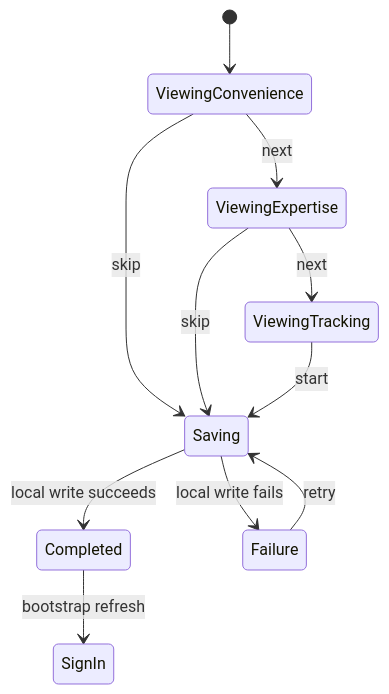
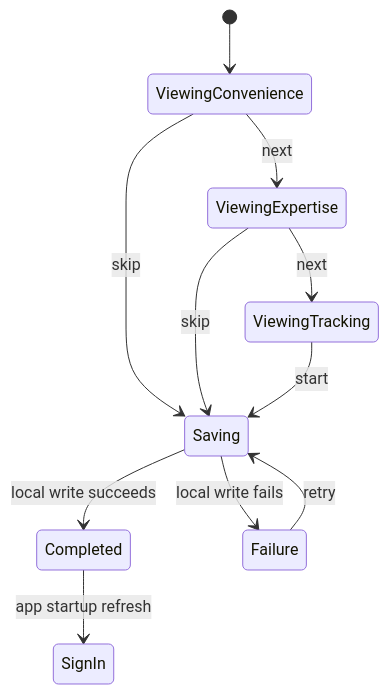
One commit to YoussefShawky0/bariq changed the diagram in docs/features/ONBOARDING.md. Above: the diagram before and after it, drawn with Mermaid. The commit also changed other lines of this file and 46 other files, not shown here.

First line of the commit message:
feat(app): add Supabase startup foundation (#2) (#3)

````diff
--- a/docs/features/ONBOARDING.md
+++ b/docs/features/ONBOARDING.md
@@ -32,13 +32,13 @@
 ```mermaid
 stateDiagram-v2
     [*] --> ViewingConvenience
     ViewingConvenience --> ViewingExpertise: next
     ViewingConvenience --> Saving: skip
     ViewingExpertise --> ViewingTracking: next
     ViewingExpertise --> Saving: skip
     ViewingTracking --> Saving: start
     Saving --> Completed: local write succeeds
     Saving --> Failure: local write fails
     Failure --> Saving: retry
-    Completed --> SignIn: bootstrap refresh
+    Completed --> SignIn: app startup refresh
 ```
````
